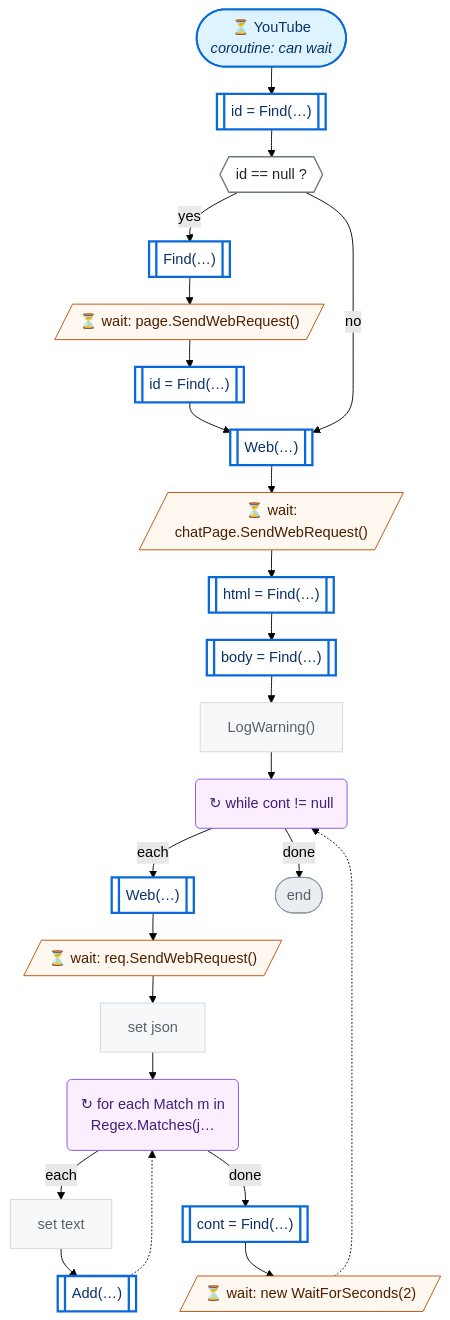
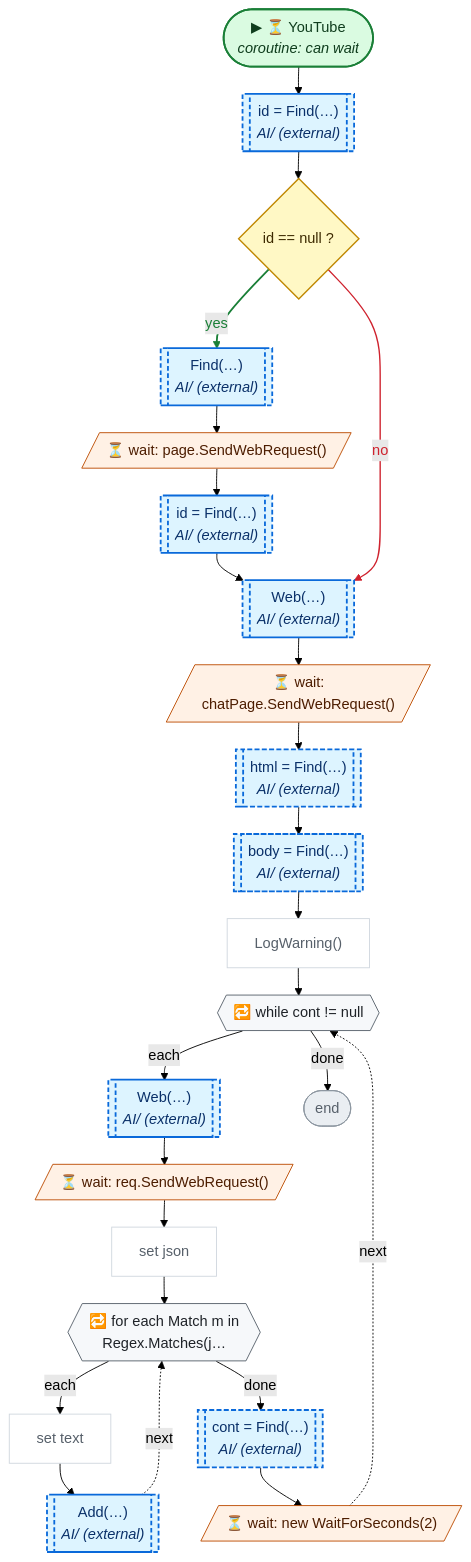
Before and after one commit to nataiai/Lord-of-the-Dungeon: the seventh of 8 diagrams in CodeGraph~/graph/AI/UnifiedChat.cs.md, drawn with Mermaid (forest theme). The commit also changed other lines of this file and 44 other files, not shown here.

````diff
--- a/CodeGraph~/graph/AI/UnifiedChat.cs.md
+++ b/CodeGraph~/graph/AI/UnifiedChat.cs.md
@@ -316,71 +342,77 @@
 ```mermaid
 ---
 config:
   flowchart:
     wrappingWidth: 260
     nodeSpacing: 26
     rankSpacing: 30
 ---
 flowchart TD
-  nS(["⏳ YouTube<br><i>coroutine: can wait</i>"])
-  na73703[["id = Find(…)"]]
-  n26bdd4{{"id == null ?"}}
-  ndf6dbe[["Find(…)"]]
+  nS(["▶ ⏳ YouTube<br><i>coroutine: can wait</i>"])
+  na73703[["id = Find(…)<br><i>AI/ (external)</i>"]]
+  n26bdd4{"id == null ?"}
+  ndf6dbe[["Find(…)<br><i>AI/ (external)</i>"]]
   naefe8b[/"⏳ wait: page.SendWebRequest()"/]
-  nfc1bd8[["id = Find(…)"]]
-  n5d9c3a[["Web(…)"]]
+  nfc1bd8[["id = Find(…)<br><i>AI/ (external)</i>"]]
+  n5d9c3a[["Web(…)<br><i>AI/ (external)</i>"]]
   nff22a3[/"⏳ wait:<br>chatPage.SendWebRequest()"/]
-  na4fc79[["html = Find(…)"]]
-  nfdc950[["body = Find(…)"]]
+  na4fc79[["html = Find(…)<br><i>AI/ (external)</i>"]]
+  nfdc950[["body = Find(…)<br><i>AI/ (external)</i>"]]
   n5ec3ab["LogWarning()"]
-  nc5cd2f("  ↻ while cont != null  ")
-  n2d7674[["Web(…)"]]
+  nc5cd2f{{"🔁 while cont != null"}}
+  n2d7674[["Web(…)<br><i>AI/ (external)</i>"]]
   n8e7f38[/"⏳ wait: req.SendWebRequest()"/]
   n8084ce["set json"]
-  n118ff9("  ↻ for each Match m in<br>Regex.Matches(j…  ")
+  n118ff9{{"🔁 for each Match m in<br>Regex.Matches(j…"}}
   n16e192["set text"]
-  n4f895d[["Add(…)"]]
-  n603f8d[["cont = Find(…)"]]
+  n4f895d[["Add(…)<br><i>AI/ (external)</i>"]]
+  n603f8d[["cont = Find(…)<br><i>AI/ (external)</i>"]]
   n577bf2[/"⏳ wait: new WaitForSeconds(2)"/]
   nE(["end"])
   nS --> na73703
   na73703 --> n26bdd4
   n26bdd4 -->|yes| ndf6dbe
   ndf6dbe --> naefe8b
   naefe8b --> nfc1bd8
   nfc1bd8 --> n5d9c3a
   n26bdd4 -->|no| n5d9c3a
   n5d9c3a --> nff22a3
   nff22a3 --> na4fc79
   na4fc79 --> nfdc950
   nfdc950 --> n5ec3ab
   n5ec3ab --> nc5cd2f
   nc5cd2f -->|each| n2d7674
   n2d7674 --> n8e7f38
   n8e7f38 --> n8084ce
   n8084ce --> n118ff9
   n118ff9 -->|each| n16e192
   n16e192 --> n4f895d
-  n4f895d -.-> n118ff9
+  n4f895d -.->|next| n118ff9
   n118ff9 -->|done| n603f8d
   n603f8d --> n577bf2
-  n577bf2 -.-> nc5cd2f
+  n577bf2 -.->|next| nc5cd2f
   nc5cd2f -->|done| nE
-  classDef unity fill:#fff1c2,stroke:#9a6700,stroke-width:2px,color:#3b2300
-  classDef start fill:#ddf4ff,stroke:#0969da,stroke-width:2px,color:#0a3069
-  classDef calc fill:#f6f8fa,stroke:#d0d7de,color:#57606a
-  classDef calls fill:#ffffff,stroke:#0969da,stroke-width:2.5px,color:#0a3069
-  classDef cond fill:#ffffff,stroke:#6e7781,stroke-width:1.5px,color:#1f2328
-  classDef loop fill:#fbefff,stroke:#8250df,color:#3e1f79
-  classDef exit fill:#eaeef2,stroke:#57606a,color:#24292f
-  classDef wait fill:#fff8f0,stroke:#bc4c00,color:#4d1d00
+  linkStyle 2 stroke:#1a7f37,stroke-width:2px,color:#1a7f37
+  linkStyle 6 stroke:#cf222e,stroke-width:1.5px,color:#cf222e
+  classDef unity fill:#dafbe1,stroke:#1a7f37,stroke-width:2px,color:#0f3d1d
+  classDef start fill:#dafbe1,stroke:#1a7f37,stroke-width:2px,color:#0f3d1d
+  classDef calc fill:#ffffff,stroke:#d0d7de,color:#57606a
+  classDef calls fill:#ddf4ff,stroke:#0969da,stroke-width:2px,color:#0a3069
+  classDef ext fill:#ddf4ff,stroke:#0969da,stroke-width:2px,stroke-dasharray:5 3,color:#0a3069
+  classDef cond fill:#fff8c5,stroke:#bf8700,stroke-width:1.5px,color:#3d2a00
+  classDef loop fill:#f6f8fa,stroke:#57606a,color:#1f2328
+  classDef exit fill:#ffebe9,stroke:#cf222e,color:#82071e
+  classDef kill fill:#ffebe9,stroke:#cf222e,stroke-width:2px,color:#82071e
+  classDef spawn fill:#dafbe1,stroke:#1a7f37,stroke-width:2px,color:#0f3d1d
+  classDef wait fill:#fff1e5,stroke:#bc4c00,color:#4d1d00
   classDef fin fill:#eaeef2,stroke:#8c959f,color:#57606a
   classDef join fill:#d0d7de,stroke:#8c959f,color:#57606a
+  classDef ghdr fill:#f5f9ff,stroke:#f5f9ff,color:#0a3069,font-weight:bold
   class n5ec3ab,n8084ce,n16e192 calc
-  class na73703,ndf6dbe,nfc1bd8,n5d9c3a,na4fc79,nfdc950,n2d7674,n4f895d,n603f8d calls
   class n26bdd4 cond
+  class na73703,ndf6dbe,nfc1bd8,n5d9c3a,na4fc79,nfdc950,n2d7674,n4f895d,n603f8d ext
   class nE fin
   class nc5cd2f,n118ff9 loop
   class nS start
   class naefe8b,nff22a3,n8e7f38,n577bf2 wait
 ```
````
